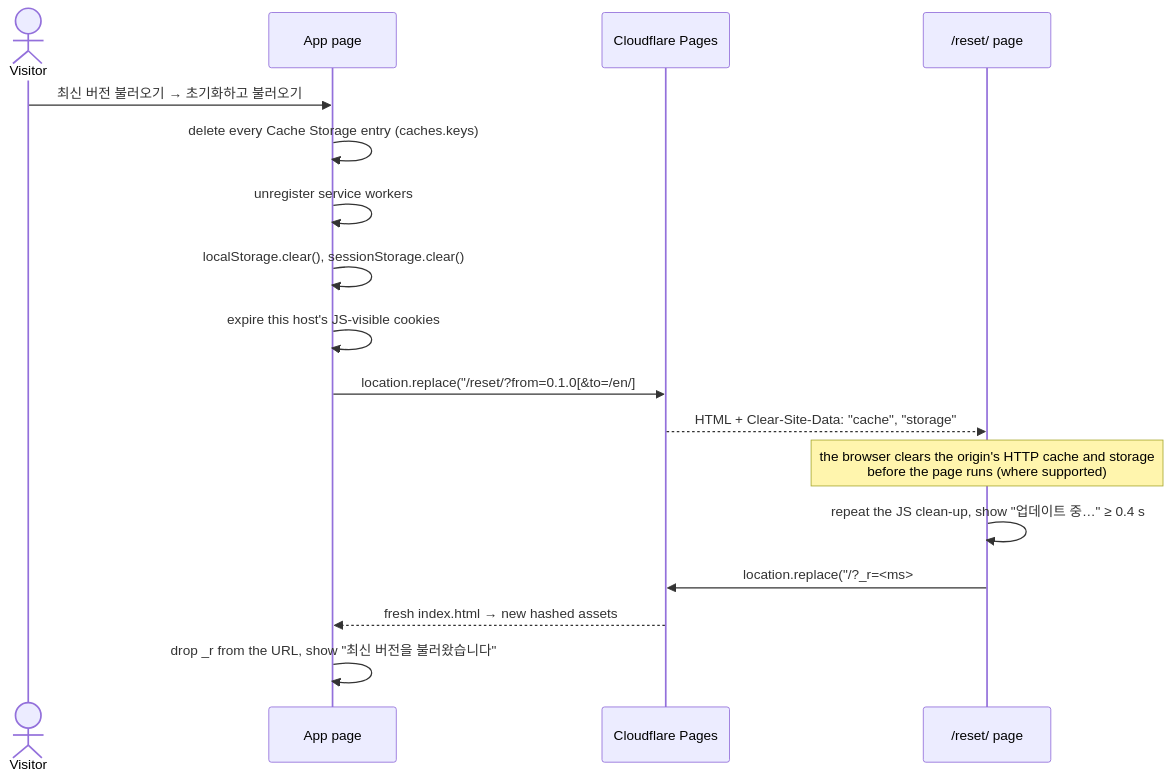
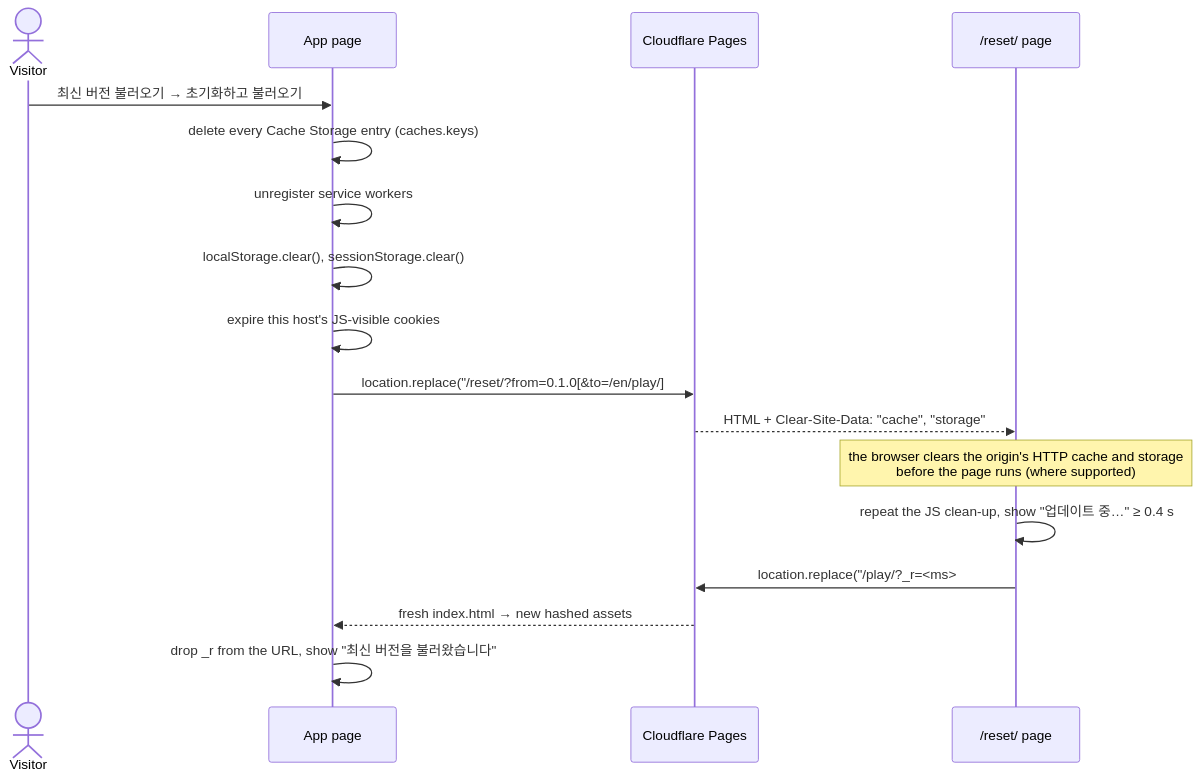
One commit to VinylStage/trex_vs_tiger_sim changed the second of 2 diagrams in docs/VERSIONING.md. Above: the diagram before and after it, drawn with Mermaid. The commit also changed other lines of this file and 37 other files, not shown here.

````diff
--- a/docs/VERSIONING.md
+++ b/docs/VERSIONING.md
@@ -147,19 +147,19 @@
 ```mermaid
 sequenceDiagram
     actor Visitor
     participant Page as App page
     participant CDN as Cloudflare Pages
     participant Reset as /reset/ page
     Visitor->>Page: 최신 버전 불러오기 → 초기화하고 불러오기
     Page->>Page: delete every Cache Storage entry (caches.keys)
     Page->>Page: unregister service workers
     Page->>Page: localStorage.clear(), sessionStorage.clear()
     Page->>Page: expire this host's JS-visible cookies
-    Page->>CDN: location.replace("/reset/?from=0.1.0[&to=/en/]#s=…")
+    Page->>CDN: location.replace("/reset/?from=0.1.0[&to=/en/play/]#s=…")
     CDN-->>Reset: HTML + Clear-Site-Data: "cache", "storage"
     Note over Reset: the browser clears the origin's HTTP cache and storage<br/>before the page runs (where supported)
     Reset->>Reset: repeat the JS clean-up, show "업데이트 중…" ≥ 0.4 s
-    Reset->>CDN: location.replace("/?_r=<ms>#s=…" or "/en/?_r=<ms>#s=…")
+    Reset->>CDN: location.replace("/play/?_r=<ms>#s=…" or "/en/play/?_r=<ms>#s=…")
     CDN-->>Page: fresh index.html → new hashed assets
     Page->>Page: drop _r from the URL, show "최신 버전을 불러왔습니다"
 ```
````
